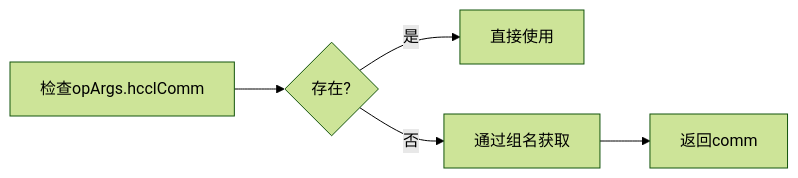
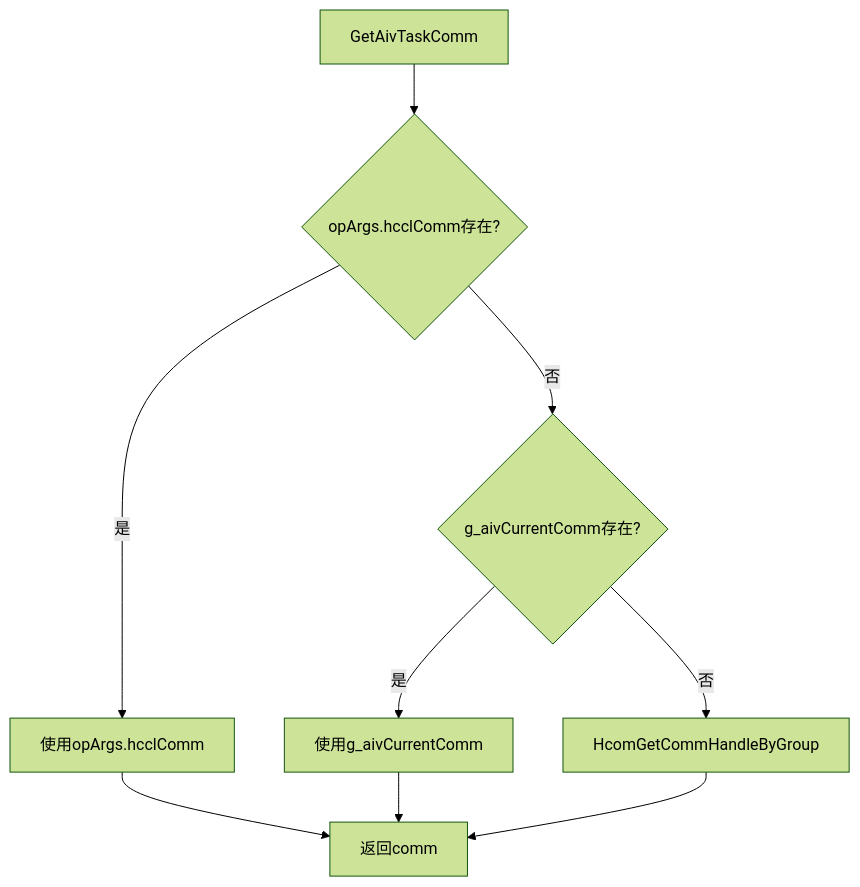
One commit to libochao-huawei/HCCL changed the eighth of 8 diagrams in docs/AIV_Task_Exception_Handler_Design.md. Above: the diagram before and after it, drawn with Mermaid (forest theme). The commit also changed other lines of this file, not shown here.

````diff
--- a/docs/AIV_Task_Exception_Handler_Design.md
+++ b/docs/AIV_Task_Exception_Handler_Design.md
@@ -260,7 +271,11 @@
 ```mermaid
-flowchart LR
-    A[检查opArgs.hcclComm] --> B{存在?}
-    B -->|是| C[直接使用]
-    B -->|否| D[通过组名获取]
-    D --> E[返回comm]
+flowchart TB
+    A[GetAivTaskComm] --> B{opArgs.hcclComm存在?}
+    B -->|是| C[使用opArgs.hcclComm]
+    B -->|否| D{g_aivCurrentComm存在?}
+    D -->|是| E[使用g_aivCurrentComm]
+    D -->|否| F[HcomGetCommHandleByGroup]
+    C --> G[返回comm]
+    E --> G
+    F --> G
 ```
````
